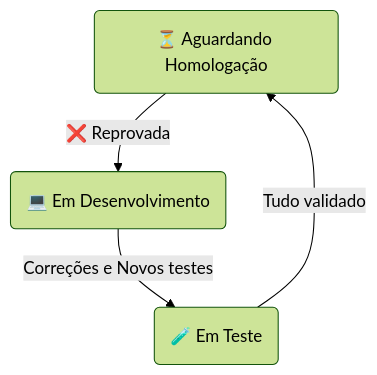
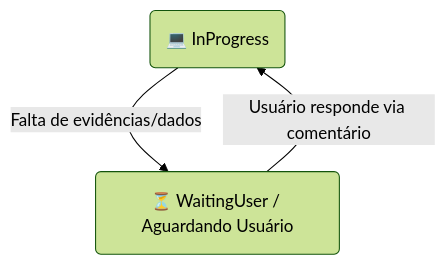
Before and after one commit to LucasAlberto0/AbaDeskBack: the second of 3 diagrams in docs/ABOUT_PROJECT.md, drawn with Mermaid (forest theme). The commit also changed other lines of this file and 6 other files, not shown here.

Commit message:
docs: atualiza documentacao tecnica do backend com arquitetura, endpoints, schema e testes

````diff
--- a/docs/ABOUT_PROJECT.md
+++ b/docs/ABOUT_PROJECT.md
@@ -57,6 +47,5 @@
 ```mermaid
 graph TD
-    H(⏳ Aguardando Homologação) -->|❌ Reprovada| D(💻 Em Desenvolvimento)
-    D -->|Correções e Novos testes| T(🧪 Em Teste)
-    T -->|Tudo validado| H
+    InProgress(💻 InProgress) -->|Falta de evidências/dados| WaitingUser(⏳ WaitingUser / Aguardando Usuário)
+    WaitingUser -->|Usuário responde via comentário| InProgress
 ```
````
